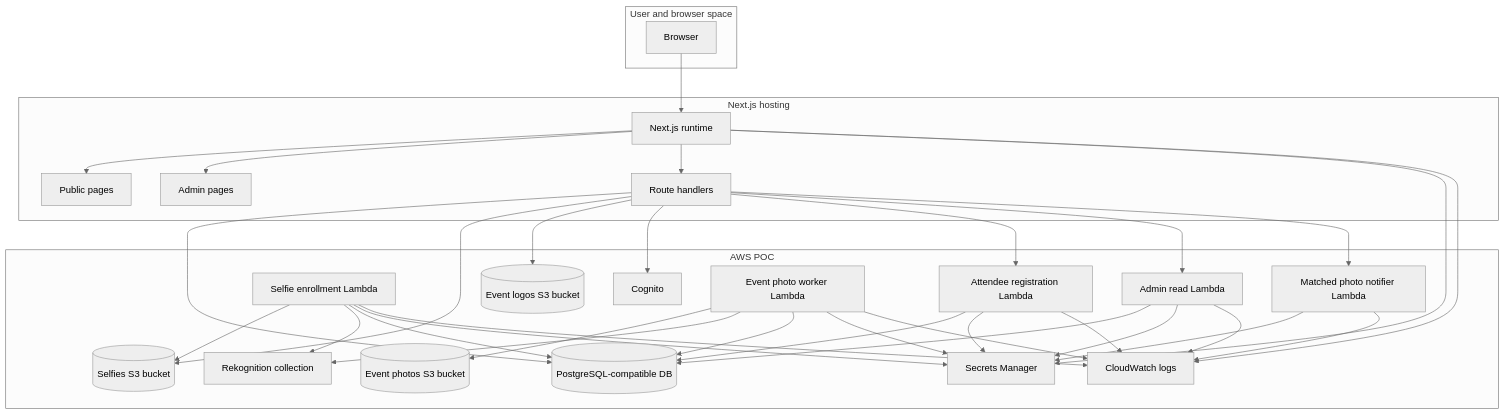
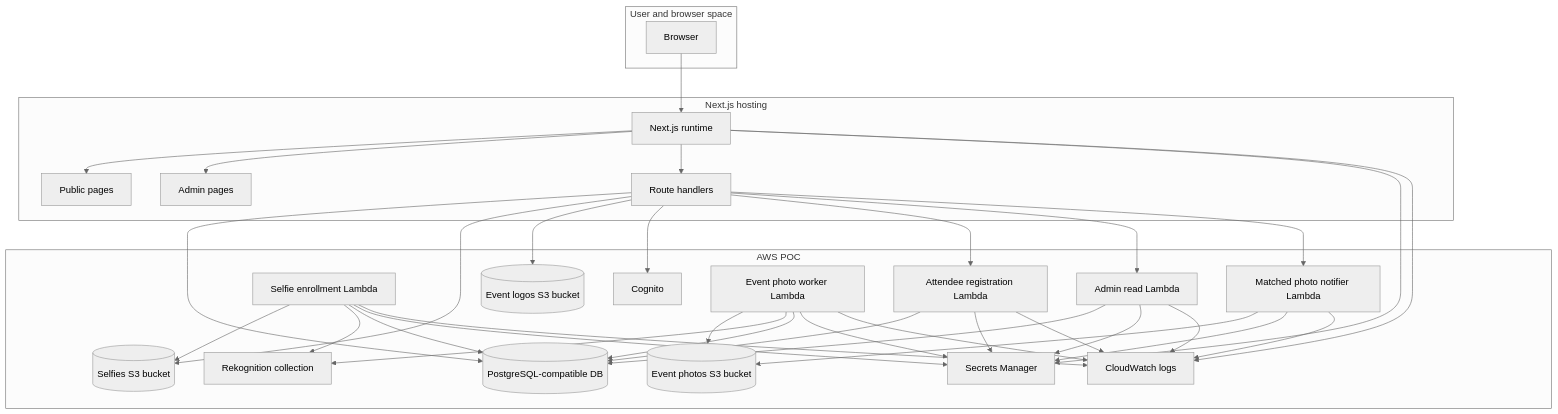
One commit to anyulled/FaceLocator changed the eighth of 8 diagrams in README.md. Above: the diagram before and after it, drawn with Mermaid (neutral theme). The commit also changed other lines of this file and 5 other files, not shown here.

````diff
--- a/README.md
+++ b/README.md
@@ -294,61 +296,62 @@
 ```mermaid
 flowchart TB
   subgraph UserSpace["User and browser space"]
     browser["Browser"]
   end
 
   subgraph Next["Next.js hosting"]
     nextServer["Next.js runtime"]
     apiRoutes["Route handlers"]
     adminPages["Admin pages"]
     publicPages["Public pages"]
   end
 
   subgraph AWS["AWS POC"]
     s3Selfies[(Selfies S3 bucket)]
     s3EventPhotos[(Event photos S3 bucket)]
     s3EventLogos[(Event logos S3 bucket)]
     lambdaSelfie["Selfie enrollment Lambda"]
     lambdaAttendee["Attendee registration Lambda"]
     lambdaAdmin["Admin read Lambda"]
     lambdaNotifier["Matched photo notifier Lambda"]
     lambdaPhoto["Event photo worker Lambda"]
     rekognition["Rekognition collection"]
     rds[(PostgreSQL-compatible DB)]
     secrets["Secrets Manager"]
     logs["CloudWatch logs"]
     cognito["Cognito"]
   end
 
   browser --> nextServer
   nextServer --> publicPages
   nextServer --> adminPages
   nextServer --> apiRoutes
   apiRoutes --> rds
   apiRoutes --> s3Selfies
   apiRoutes --> s3EventLogos
   apiRoutes --> cognito
   apiRoutes --> lambdaAttendee
   apiRoutes --> lambdaAdmin
   apiRoutes --> lambdaNotifier
   lambdaSelfie --> s3Selfies
   lambdaSelfie --> rekognition
   lambdaSelfie --> rds
   lambdaAttendee --> rds
   lambdaAdmin --> rds
+  lambdaNotifier --> s3EventPhotos
   lambdaPhoto --> s3EventPhotos
   lambdaPhoto --> rekognition
   lambdaPhoto --> rds
   nextServer --> secrets
   lambdaAttendee --> secrets
   lambdaAdmin --> secrets
   lambdaNotifier --> secrets
   lambdaSelfie --> secrets
   lambdaPhoto --> secrets
   nextServer --> logs
   lambdaAttendee --> logs
   lambdaAdmin --> logs
   lambdaNotifier --> logs
   lambdaSelfie --> logs
   lambdaPhoto --> logs
 ```
````
